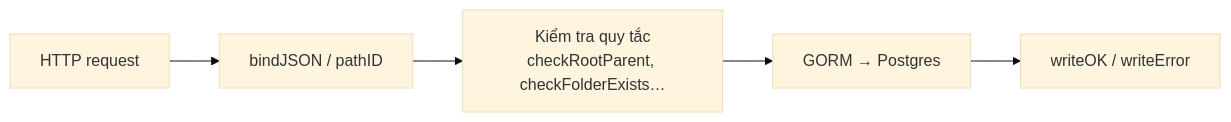
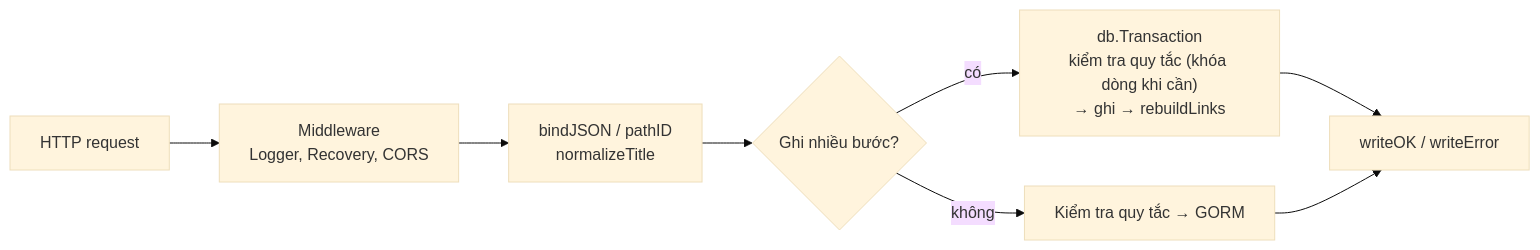
Before and after one commit to ngtrthvu3007/nodus: the second of 2 diagrams in docs/backend-map.md, drawn with Mermaid (base theme). The commit also changed other lines of this file and 9 other files, not shown here.

Commit message:
docs: update architecture docs and go-nodus README

````diff
--- a/docs/backend-map.md
+++ b/docs/backend-map.md
@@ -27,7 +54,10 @@
 ```mermaid
 flowchart LR
-    Req[HTTP request] --> Bind[bindJSON / pathID]
-    Bind --> Rules[Kiểm tra quy tắc<br/>checkRootParent, checkFolderExists…]
-    Rules --> GORM[GORM → Postgres]
-    GORM --> Res[writeOK / writeError]
+    Req[HTTP request] --> MW[Middleware<br/>Logger, Recovery, CORS]
+    MW --> Bind[bindJSON / pathID<br/>normalizeTitle]
+    Bind --> Tx{Ghi nhiều bước?}
+    Tx -- có --> Trans["db.Transaction<br/>kiểm tra quy tắc (khóa dòng khi cần)<br/>→ ghi → rebuildLinks"]
+    Tx -- không --> Query[Kiểm tra quy tắc → GORM]
+    Trans --> Res[writeOK / writeError]
+    Query --> Res
 ```
````
